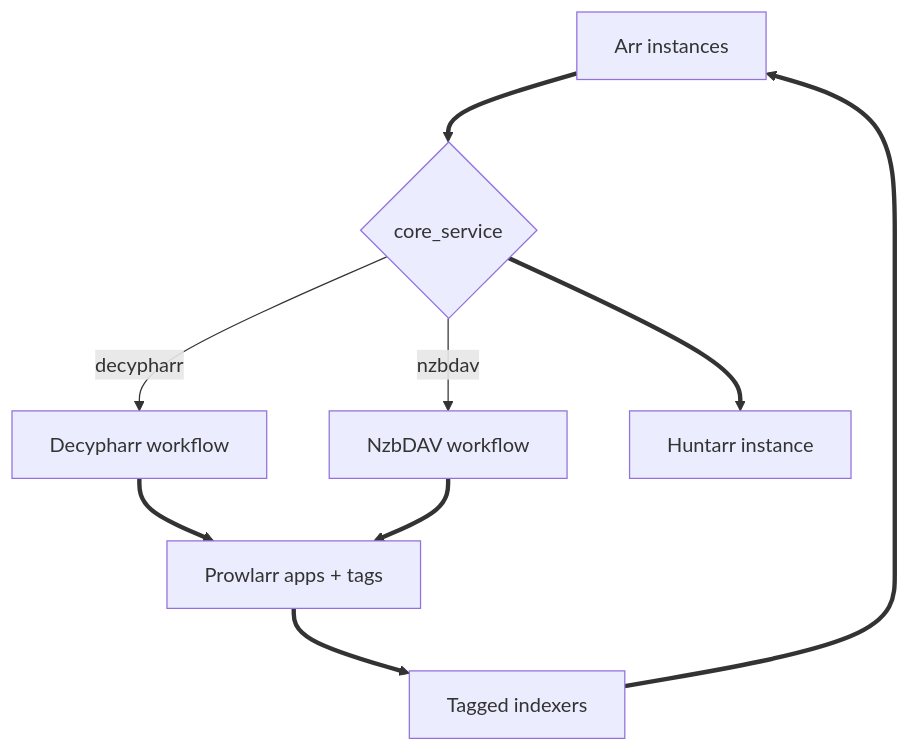
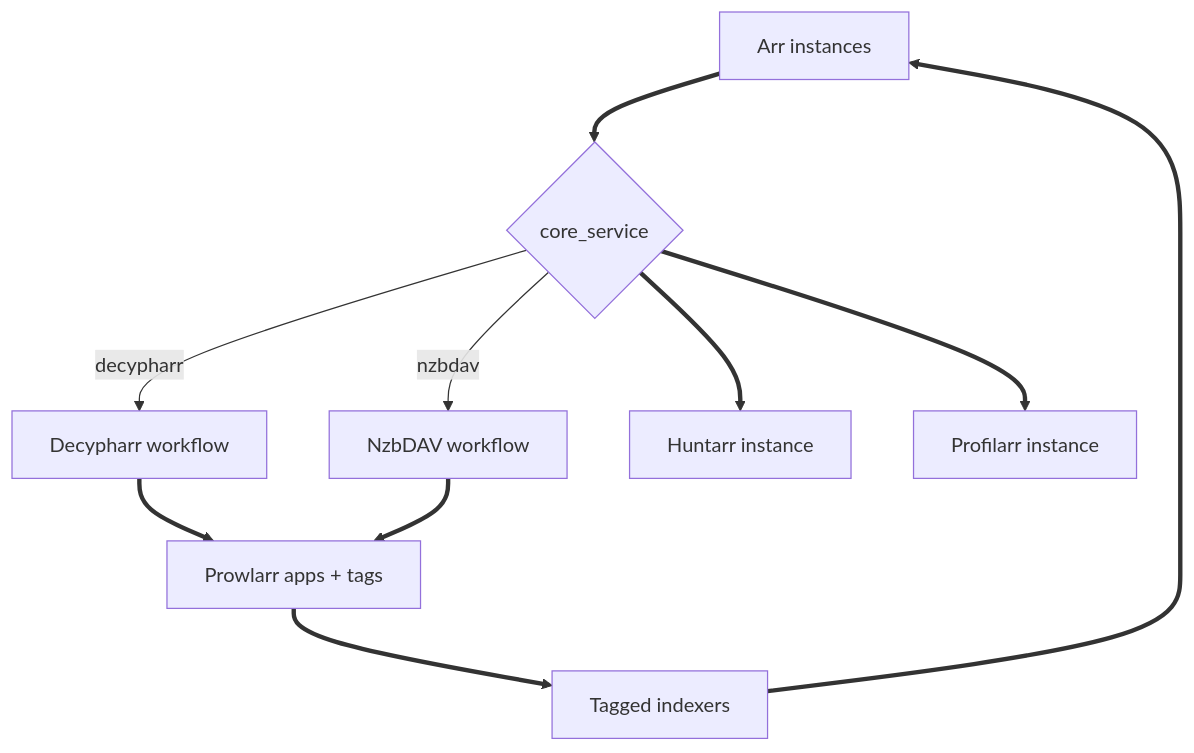
The diagram in docs/reference/core-service.md (I-am-PUID-0/DUMB_docs), drawn with Mermaid before and after one commit. The commit also changed other lines of this file and 7 other files, not shown here.

````diff
--- a/docs/reference/core-service.md
+++ b/docs/reference/core-service.md
@@ -26,20 +27,22 @@
 ```mermaid
 %%{ init: { "flowchart": { "curve": "basis" } } }%%
 flowchart TD
     ARR[Arr instances]
     CS{core_service}
     DEC[Decypharr workflow]
     NZB[NzbDAV workflow]
     PROWLARR[Prowlarr apps + tags]
     IDX[Tagged indexers]
     HUNTARR[Huntarr instance]
+    PROFILARR[Profilarr instance]
 
     ARR ==> CS
     CS -- decypharr --> DEC
     CS -- nzbdav --> NZB
     DEC ==> PROWLARR
     NZB ==> PROWLARR
     PROWLARR ==> IDX
     IDX ==> ARR
     CS ==> HUNTARR
+    CS ==> PROFILARR
 ```
````
